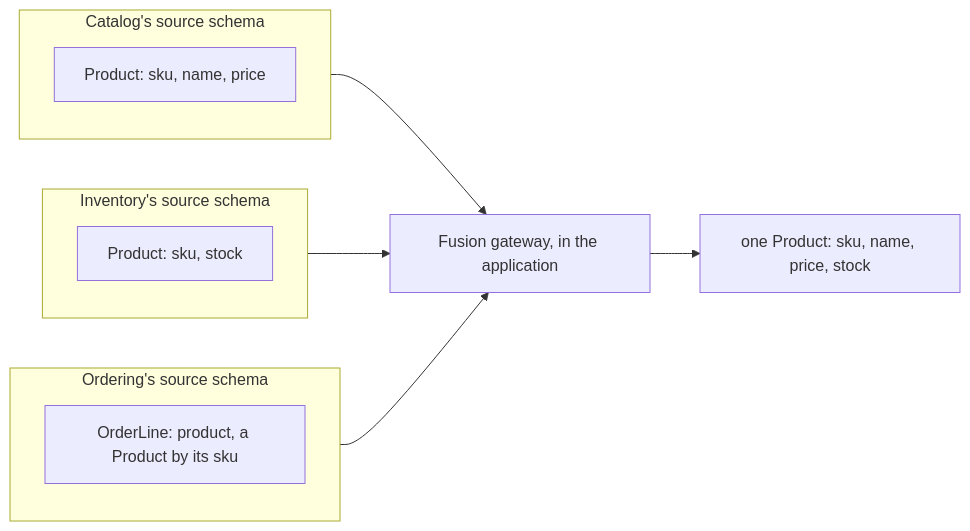
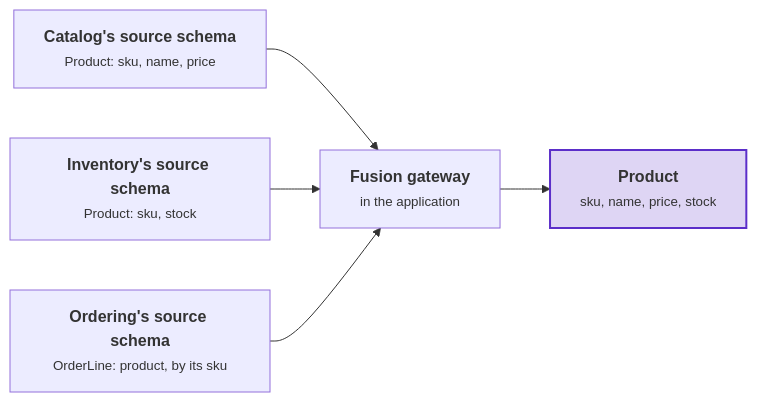
One commit to DylanSnel/DDDToolkit changed the fourth of 6 diagrams in docs/graphql.md. Above: the diagram before and after it, drawn with Mermaid. The commit also changed other lines of this file and 41 other files, not shown here.

First line of the commit message:
Docs: plain prose, one word per concept, and readable diagrams on every page

````diff
--- a/docs/graphql.md
+++ b/docs/graphql.md
@@ -1260,16 +1342,14 @@
 ```mermaid
 flowchart LR
-    subgraph catalog ["Catalog's source schema"]
-        CatalogProduct["Product: sku, name, price"]
-    end
-    subgraph inventory ["Inventory's source schema"]
-        InventoryProduct["Product: sku, stock"]
-    end
-    subgraph ordering ["Ordering's source schema"]
-        Line["OrderLine: product, a Product by its sku"]
-    end
-    catalog --> Gateway["Fusion gateway, in the application"]
-    inventory --> Gateway
-    ordering --> Gateway
-    Gateway --> Client["one Product: sku, name, price, stock"]
+    catalog["<b>Catalog's source schema</b><br/><small>Product: sku, name, price</small>"]
+    inventory["<b>Inventory's source schema</b><br/><small>Product: sku, stock</small>"]
+    ordering["<b>Ordering's source schema</b><br/><small>OrderLine: product, by its sku</small>"]
+    gateway["<b>Fusion gateway</b><br/><small>in the application</small>"]
+    client["<b>Product</b><br/><small>sku, name, price, stock</small>"]
+    catalog --> gateway
+    inventory --> gateway
+    ordering --> gateway
+    gateway --> client
+    classDef strong fill:#5b2ec933,stroke:#5b2ec9,stroke-width:2px
+    class client strong
 ```
````
